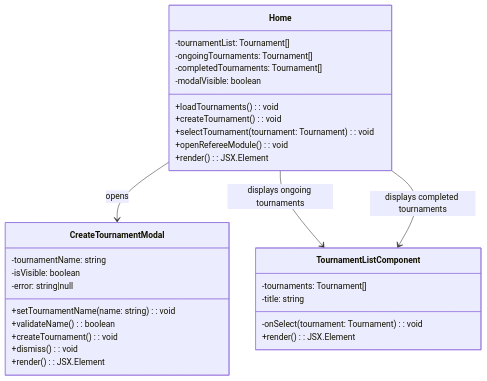
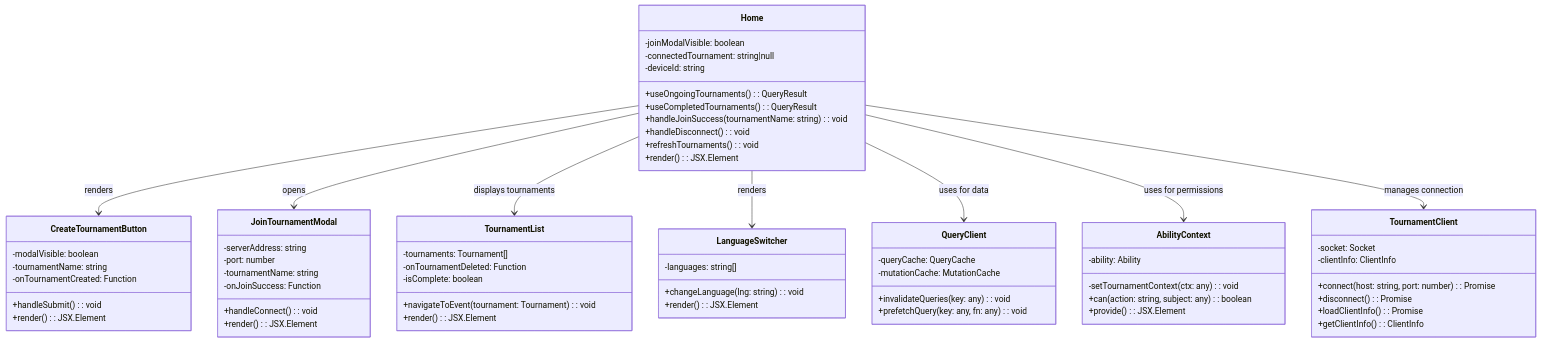
One commit to FencingSeniorDesign/client changed diagram 21 of 45 in docs/SoftwareDesignDocv2.md. Above: the diagram before and after it, drawn with Mermaid. The commit also changed other lines of this file and 21 other files, not shown here.

````diff
--- a/docs/SoftwareDesignDocv2.md
+++ b/docs/SoftwareDesignDocv2.md
@@ -744,36 +744,76 @@
 ```mermaid
 classDiagram
     class Home {
-        -tournamentList: Tournament[]
-        -ongoingTournaments: Tournament[]
-        -completedTournaments: Tournament[]
-        -modalVisible: boolean
-        +loadTournaments(): void
-        +createTournament(): void
-        +selectTournament(tournament: Tournament): void
-        +openRefereeModule(): void
+        -joinModalVisible: boolean
+        -connectedTournament: string|null
+        -deviceId: string
+        +useOngoingTournaments(): QueryResult
+        +useCompletedTournaments(): QueryResult
+        +handleJoinSuccess(tournamentName: string): void
+        +handleDisconnect(): void
+        +refreshTournaments(): void
         +render(): JSX.Element
     }
 
-    class CreateTournamentModal {
+    class AbilityContext {
+        -ability: Ability
+        -setTournamentContext(ctx: any): void
+        +can(action: string, subject: any): boolean
+        +provide(): JSX.Element
+    }
+
+    class QueryClient {
+        -queryCache: QueryCache
+        -mutationCache: MutationCache
+        +invalidateQueries(key: any): void
+        +prefetchQuery(key: any, fn: any): void
+    }
+
+    class CreateTournamentButton {
+        -modalVisible: boolean
         -tournamentName: string
-        -isVisible: boolean
-        -error: string|null
-        +setTournamentName(name: string): void
-        +validateName(): boolean
-        +createTournament(): void
-        +dismiss(): void
+        -onTournamentCreated: Function
+        +handleSubmit(): void
         +render(): JSX.Element
     }
 
-    class TournamentListComponent {
-        -tournaments: Tournament[]
-        -title: string
-        -onSelect(tournament: Tournament): void
+    class JoinTournamentModal {
+        -serverAddress: string
+        -port: number
+        -tournamentName: string
+        -onJoinSuccess: Function
+        +handleConnect(): void
         +render(): JSX.Element
     }
 
-    Home --> CreateTournamentModal: opens
-    Home --> TournamentListComponent: displays ongoing tournaments
-    Home --> TournamentListComponent: displays completed tournaments
+    class TournamentList {
+        -tournaments: Tournament[]
+        -onTournamentDeleted: Function
+        -isComplete: boolean
+        +navigateToEvent(tournament: Tournament): void
+        +render(): JSX.Element
+    }
+
+    class LanguageSwitcher {
+        -languages: string[]
+        +changeLanguage(lng: string): void
+        +render(): JSX.Element
+    }
+
+    class TournamentClient {
+        -socket: Socket
+        -clientInfo: ClientInfo
+        +connect(host: string, port: number): Promise
+        +disconnect(): Promise
+        +loadClientInfo(): Promise
+        +getClientInfo(): ClientInfo
+    }
+
+    Home --> CreateTournamentButton: renders
+    Home --> JoinTournamentModal: opens
+    Home --> TournamentList: displays tournaments
+    Home --> LanguageSwitcher: renders
+    Home --> QueryClient: uses for data
+    Home --> AbilityContext: uses for permissions
+    Home --> TournamentClient: manages connection
 ```
````
